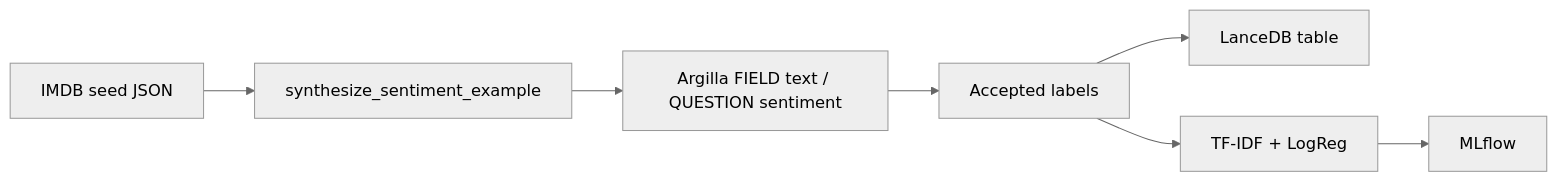
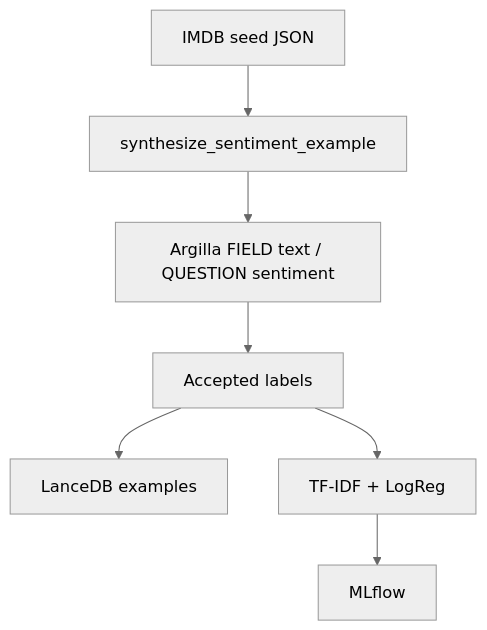
One commit to jostosh/py-gen-ml changed the second of 3 diagrams in docs/example_projects/sentiment_flywheel.md. Above: the diagram before and after it, drawn with Mermaid (neutral theme). The commit also changed other lines of this file and 15 other files, not shown here.

````diff
--- a/docs/example_projects/sentiment_flywheel.md
+++ b/docs/example_projects/sentiment_flywheel.md
@@ -38,9 +59,9 @@
 ```mermaid
-flowchart LR
+flowchart TB
   imdb["IMDB seed JSON"] --> synth["synthesize_sentiment_example"]
   synth --> argilla["Argilla FIELD text / QUESTION sentiment"]
   argilla --> labels["Accepted labels"]
-  labels --> lanceStore["LanceDB table"]
+  labels --> lanceStore["LanceDB examples"]
   labels --> train["TF-IDF + LogReg"]
   train --> track["MLflow"]
 ```
````
